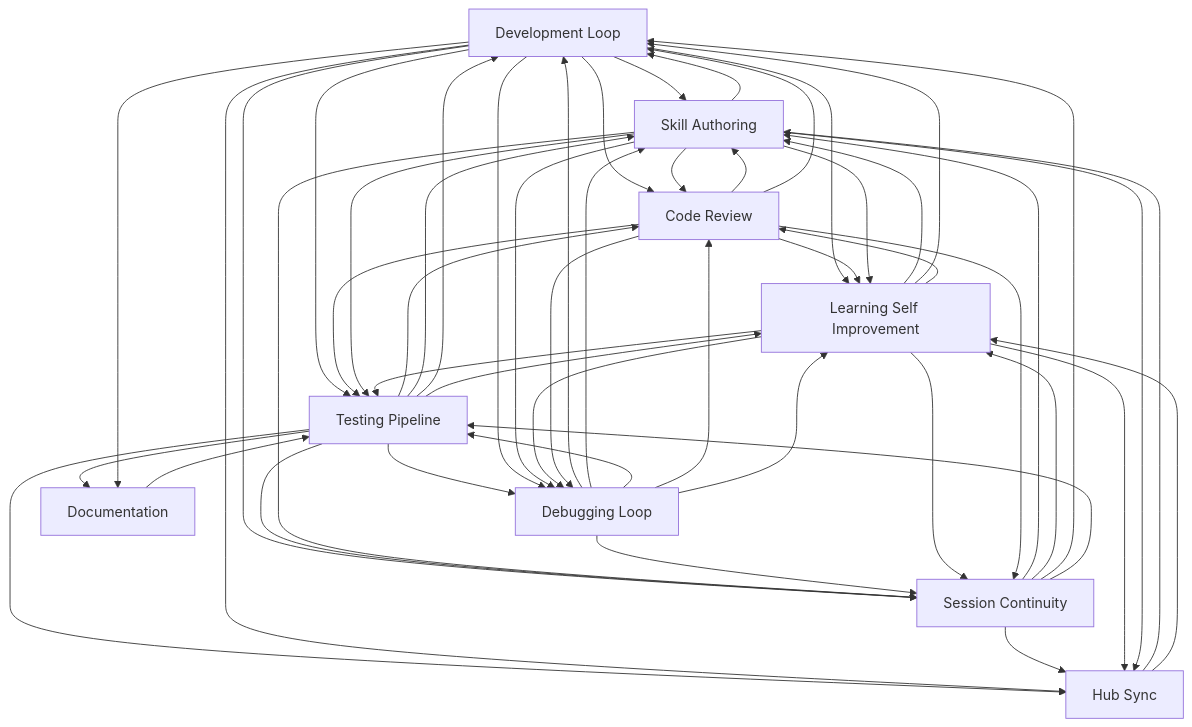
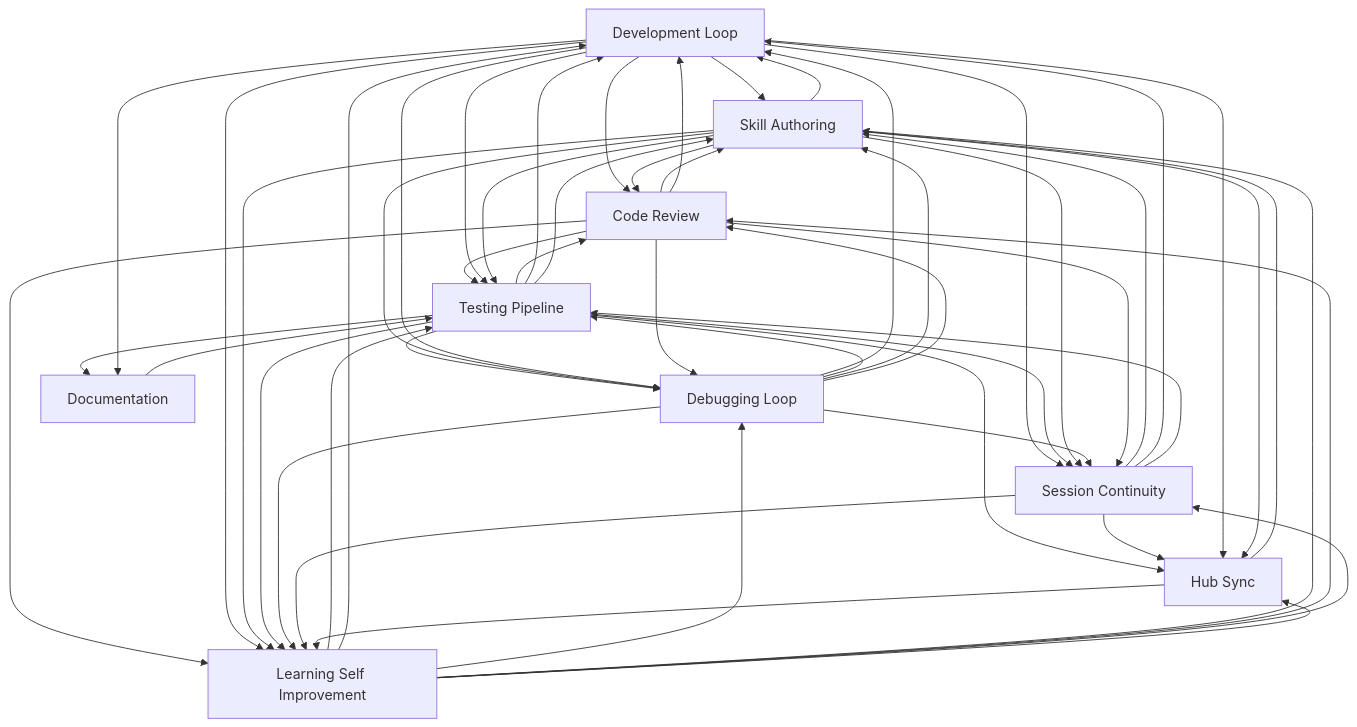
The diagram in docs/workflows/INDEX.md (abhayla/claude-best-practices), drawn with Mermaid before and after one commit. The commit also changed other lines of this file and 11 other files, not shown here.

````diff
--- a/docs/workflows/INDEX.md
+++ b/docs/workflows/INDEX.md
@@ -21,62 +21,62 @@
 ```mermaid
 graph TD
     development_loop[Development Loop]
     testing_pipeline[Testing Pipeline]
     debugging_loop[Debugging Loop]
     learning_self_improvement[Learning Self Improvement]
     session_continuity[Session Continuity]
     skill_authoring[Skill Authoring]
     code_review[Code Review]
     documentation[Documentation]
     hub_sync[Hub Sync]
     documentation --> testing_pipeline
+    code_review --> skill_authoring
+    code_review --> development_loop
     development_loop --> skill_authoring
     development_loop --> code_review
-    code_review --> skill_authoring
-    code_review --> development_loop
+    code_review --> testing_pipeline
+    code_review --> learning_self_improvement
+    development_loop --> testing_pipeline
     development_loop --> learning_self_improvement
-    development_loop --> testing_pipeline
-    code_review --> learning_self_improvement
-    code_review --> testing_pipeline
     testing_pipeline --> code_review
     testing_pipeline --> debugging_loop
+    testing_pipeline --> development_loop
     testing_pipeline --> skill_authoring
-    testing_pipeline --> development_loop
+    skill_authoring --> code_review
     skill_authoring --> development_loop
-    skill_authoring --> code_review
+    skill_authoring --> testing_pipeline
     skill_authoring --> learning_self_improvement
-    skill_authoring --> testing_pipeline
     development_loop --> session_continuity
     testing_pipeline --> session_continuity
     skill_authoring --> session_continuity
+    debugging_loop --> session_continuity
     debugging_loop --> development_loop
-    debugging_loop --> session_continuity
+    skill_authoring --> debugging_loop
+    debugging_loop --> testing_pipeline
+    debugging_loop --> skill_authoring
+    debugging_loop --> code_review
     development_loop --> debugging_loop
-    skill_authoring --> debugging_loop
-    debugging_loop --> skill_authoring
-    debugging_loop --> testing_pipeline
-    debugging_loop --> code_review
     testing_pipeline --> learning_self_improvement
     debugging_loop --> learning_self_improvement
-    learning_self_improvement --> skill_authoring
     learning_self_improvement --> testing_pipeline
     learning_self_improvement --> development_loop
     learning_self_improvement --> debugging_loop
+    learning_self_improvement --> skill_authoring
     learning_self_improvement --> code_review
     code_review --> debugging_loop
+    code_review --> session_continuity
     learning_self_improvement --> session_continuity
-    code_review --> session_continuity
     testing_pipeline --> hub_sync
-    development_loop --> hub_sync
+    session_continuity --> hub_sync
     session_continuity --> skill_authoring
     session_continuity --> learning_self_improvement
-    session_continuity --> hub_sync
     learning_self_improvement --> hub_sync
+    development_loop --> hub_sync
     testing_pipeline --> documentation
     development_loop --> documentation
     session_continuity --> development_loop
     session_continuity --> testing_pipeline
     skill_authoring --> hub_sync
     hub_sync --> skill_authoring
     hub_sync --> learning_self_improvement
 ```
````
